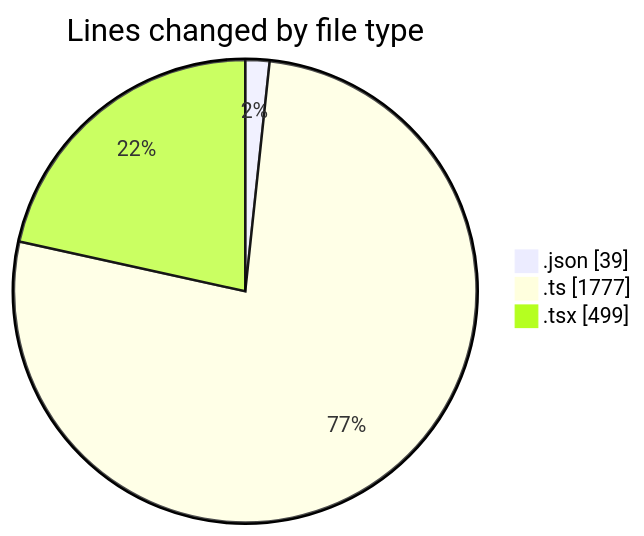
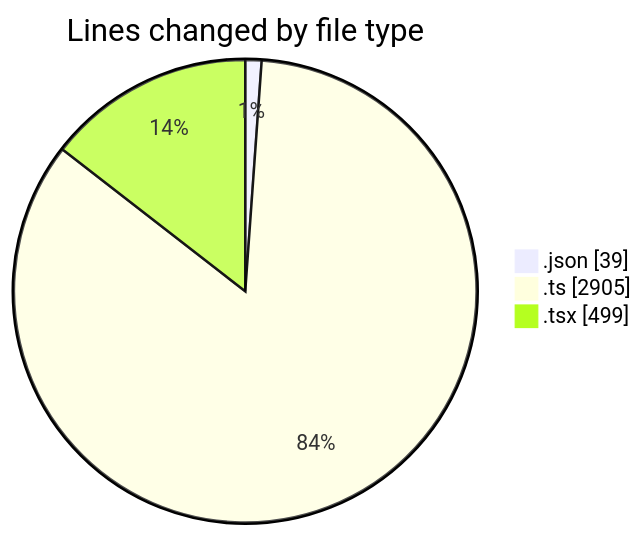
One commit to lephambinh05/code-tracking changed the first of 2 diagrams in 2025-09-13/napxuvn/README.md. Above: the diagram before and after it, drawn with Mermaid. The commit also changed other lines of this file and 1 other file, not shown here.

````diff
--- a/2025-09-13/napxuvn/README.md
+++ b/2025-09-13/napxuvn/README.md
@@ -30,7 +35,7 @@
 ```mermaid
 pie showData
 title Lines changed by file type
 ".json" : 39
-".ts" : 1777
+".ts" : 2905
 ".tsx" : 499
 ```
````
